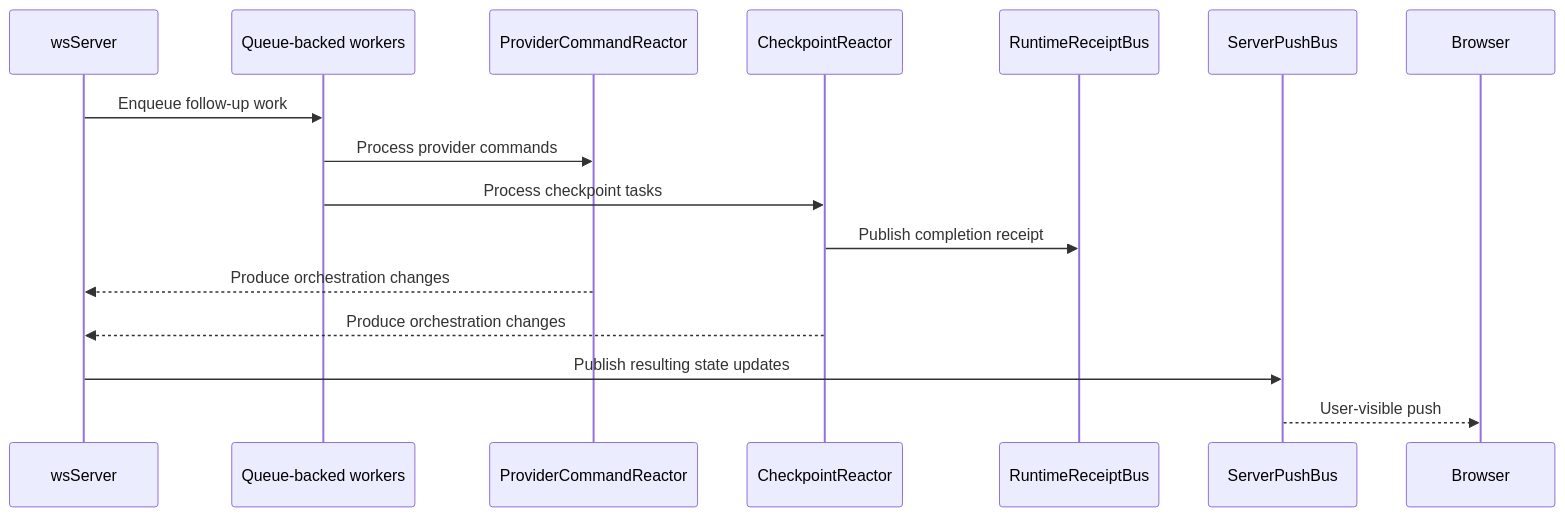
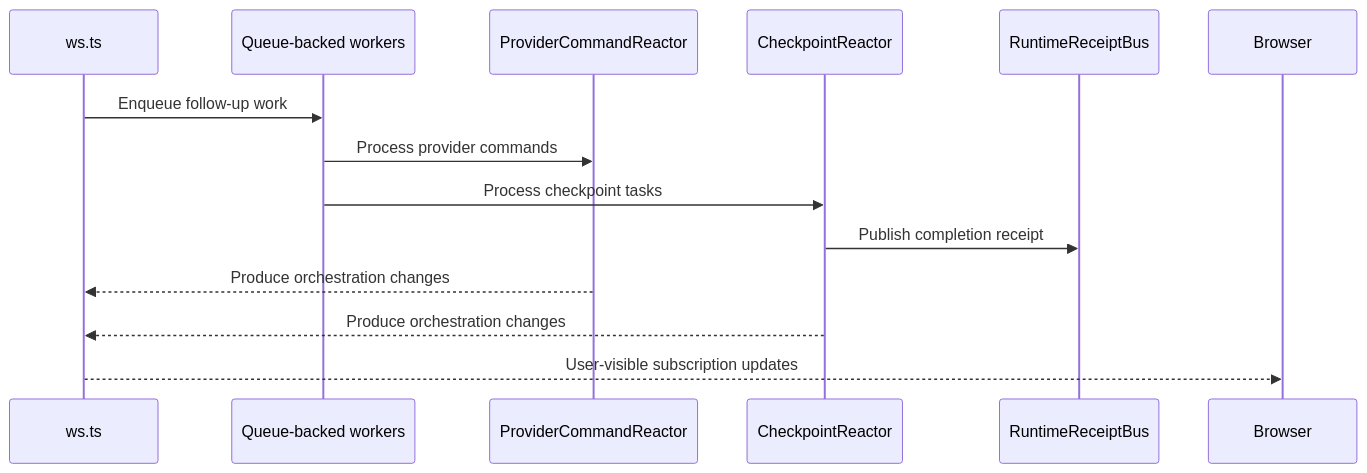
The third of 3 diagrams in .docs/architecture.md (CaillouMalade/Atelier), drawn with Mermaid before and after one commit. The commit also changed other lines of this file and 22 other files, not shown here.

````diff
--- a/.docs/architecture.md
+++ b/.docs/architecture.md
@@ -102,19 +94,17 @@
 ```mermaid
 sequenceDiagram
-    participant Server as wsServer
+    participant Server as ws.ts
     participant Worker as Queue-backed workers
     participant Cmd as ProviderCommandReactor
     participant Checkpoint as CheckpointReactor
     participant Receipt as RuntimeReceiptBus
-    participant Push as ServerPushBus
     participant Browser
 
     Server->>Worker: Enqueue follow-up work
     Worker->>Cmd: Process provider commands
     Worker->>Checkpoint: Process checkpoint tasks
     Checkpoint->>Receipt: Publish completion receipt
     Cmd-->>Server: Produce orchestration changes
     Checkpoint-->>Server: Produce orchestration changes
-    Server->>Push: Publish resulting state updates
-    Push-->>Browser: User-visible push
+    Server-->>Browser: User-visible subscription updates
 ```
````
